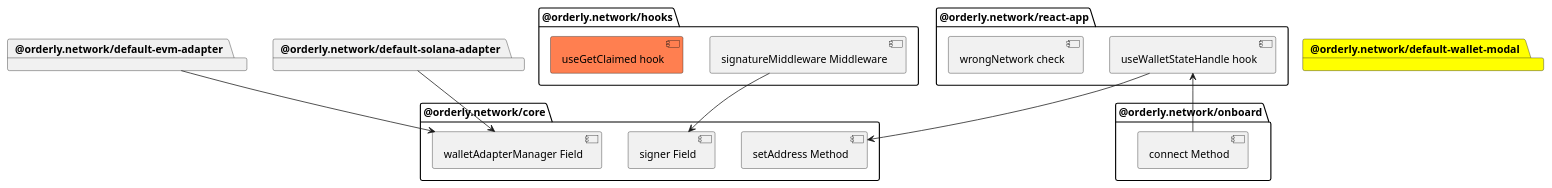
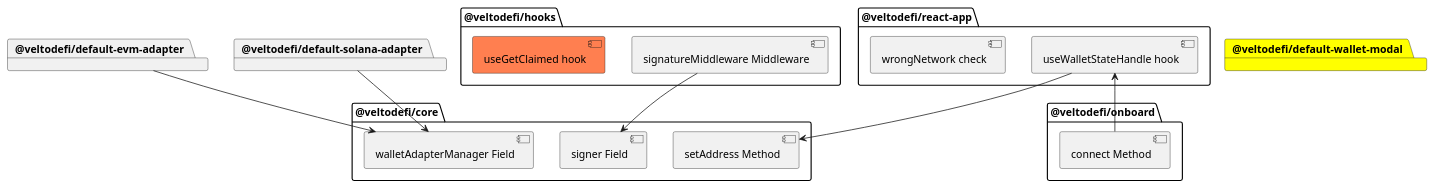
The diagram in packages/core/diagram/component.puml (OrderlyNetwork/js-sdk), drawn with PlantUML before and after one commit. The commit also changed 1303 other files, not shown here.

Commit message:
refactor: update all package scopes to veltodefi

```diff
--- a/packages/core/diagram/component.puml
+++ b/packages/core/diagram/component.puml
@@ -1,44 +1,44 @@
 @startuml
 'https://plantuml.com/component-diagram
 
 
-package "@orderly.network/core" {
+package "@veltodefi/core" {
 [setAddress Method]
 [walletAdapterManager Field]
 [signer Field]
 }
 
-package "@orderly.network/onboard"{
+package "@veltodefi/onboard"{
 [connect Method]
 }
 
-package "@orderly.network/hooks"{
+package "@veltodefi/hooks"{
 [signatureMiddleware Middleware]
 [useGetClaimed hook] #Coral
 }
 
-package "@orderly.network/react-app"{
+package "@veltodefi/react-app"{
 [useWalletStateHandle hook]
 [wrongNetwork check]
 }
 
-package "@orderly.network/default-evm-adapter"{
+package "@veltodefi/default-evm-adapter"{
 }
 
-package "@orderly.network/default-solana-adapter"{
+package "@veltodefi/default-solana-adapter"{
 }
 
-package "@orderly.network/default-wallet-modal" #Yellow {
+package "@veltodefi/default-wallet-modal" #Yellow {
 
 
 }
 
 
 
 [useWalletStateHandle hook] --> [setAddress Method]
 [useWalletStateHandle hook] <-- [connect Method]
 [signatureMiddleware Middleware] --> [signer Field]
-"@orderly.network/default-evm-adapter" --> [walletAdapterManager Field]
-"@orderly.network/default-solana-adapter" --> [walletAdapterManager Field]
+"@veltodefi/default-evm-adapter" --> [walletAdapterManager Field]
+"@veltodefi/default-solana-adapter" --> [walletAdapterManager Field]
 
 @enduml
```
